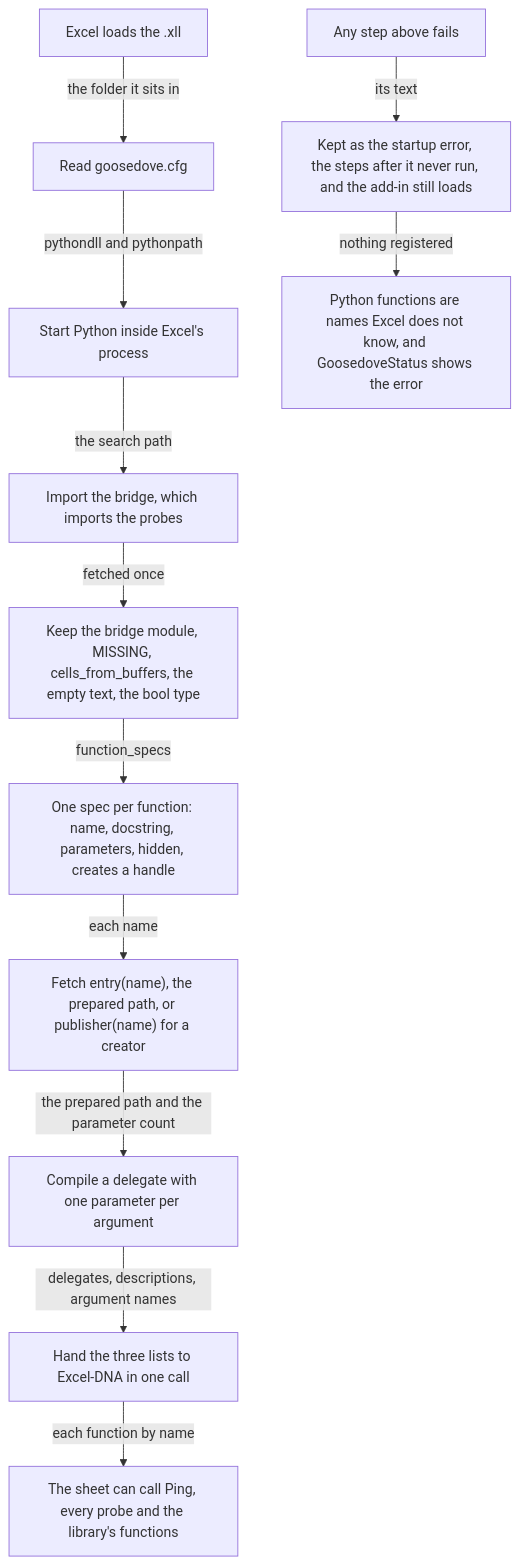
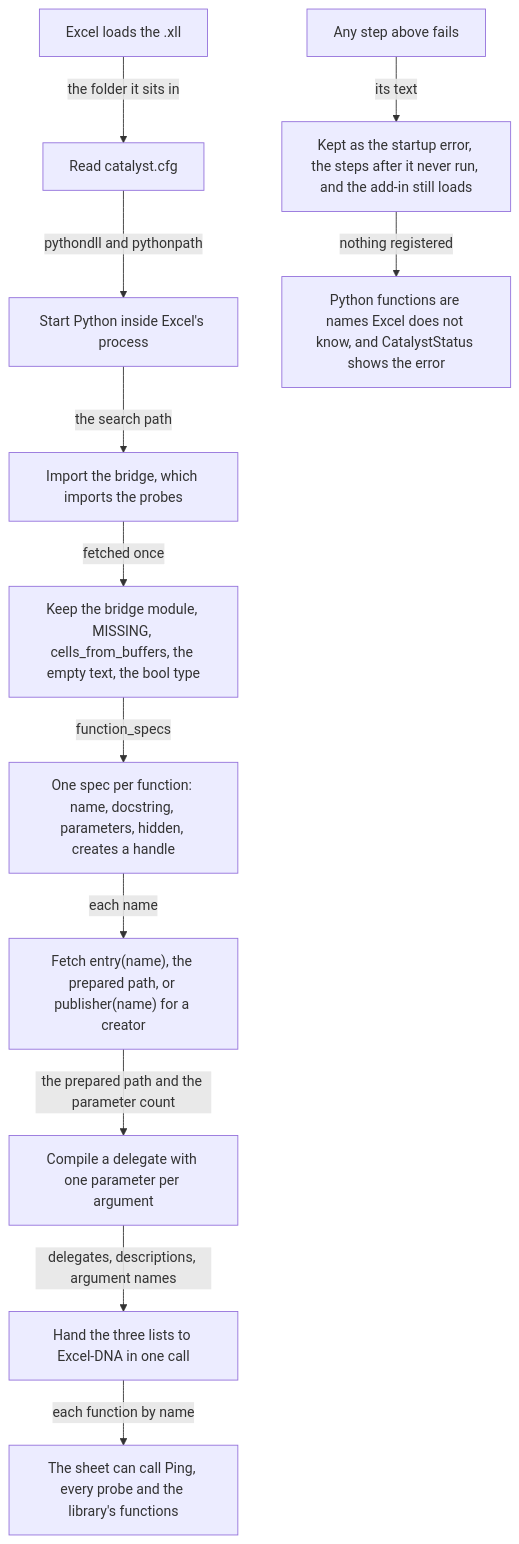
Before and after one commit to gobbles404/catalyst: the first of 3 diagrams in docs/seam/host.md, drawn with Mermaid. The commit also changed other lines of this file and 364 other files, not shown here.

Commit message:
chore: rename Goosedove to Catalyst (#240)

````diff
--- a/docs/seam/host.md
+++ b/docs/seam/host.md
@@ -35,14 +35,14 @@
 ```mermaid
 flowchart TD
-    Load["Excel loads the .xll"] -->|"the folder it sits in"| Config["Read goosedove.cfg"]
+    Load["Excel loads the .xll"] -->|"the folder it sits in"| Config["Read catalyst.cfg"]
     Config -->|"pythondll and pythonpath"| Start["Start Python inside Excel's process"]
     Start -->|"the search path"| Import["Import the bridge, which imports the probes"]
     Import -->|"fetched once"| Keep["Keep the bridge module, MISSING, cells_from_buffers, the empty text, the bool type"]
     Keep -->|"function_specs"| Specs["One spec per function: name, docstring, parameters, hidden, creates a handle"]
     Specs -->|"each name"| Prepare["Fetch entry(name), the prepared path, or publisher(name) for a creator"]
     Prepare -->|"the prepared path and the parameter count"| Delegate["Compile a delegate with one parameter per argument"]
     Delegate -->|"delegates, descriptions, argument names"| Register["Hand the three lists to Excel-DNA in one call"]
     Register -->|"each function by name"| Sheet["The sheet can call Ping, every probe and the library's functions"]
     Failure["Any step above fails"] -->|"its text"| Error["Kept as the startup error, the steps after it never run, and the add-in still loads"]
-    Error -->|"nothing registered"| Name["Python functions are names Excel does not know, and GoosedoveStatus shows the error"]
+    Error -->|"nothing registered"| Name["Python functions are names Excel does not know, and CatalystStatus shows the error"]
 ```
````
